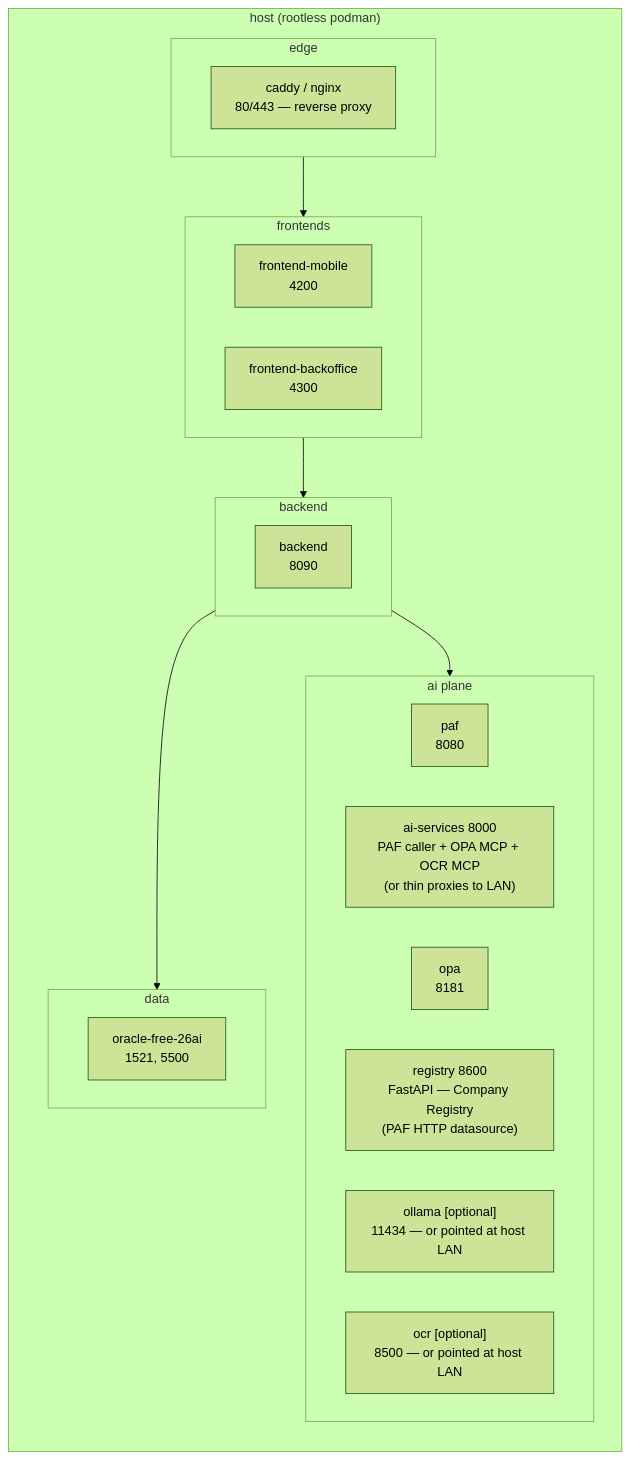
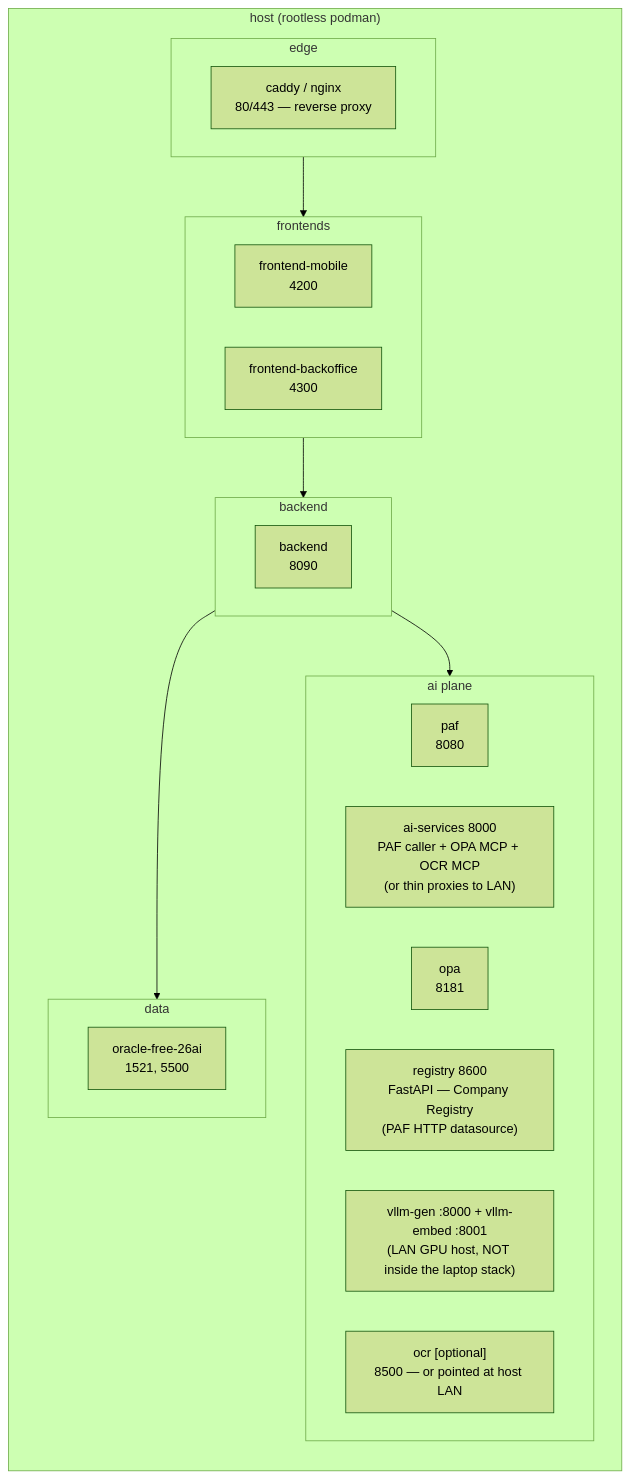
The first of 2 diagrams in docs/DEPLOYMENT.md (vmleon/oracle-database-private-agent-factory-poc), drawn with Mermaid (forest theme) before and after one commit. The commit also changed other lines of this file and 7 other files, not shown here.

````diff
--- a/docs/DEPLOYMENT.md
+++ b/docs/DEPLOYMENT.md
@@ -58,31 +58,31 @@
 ```mermaid
 flowchart TB
     subgraph host["host (rootless podman)"]
         direction TB
         subgraph edge["edge"]
             proxy["caddy / nginx<br/>80/443 — reverse proxy"]
         end
         subgraph frontends["frontends"]
             mobile["frontend-mobile<br/>4200"]
             backoffice["frontend-backoffice<br/>4300"]
         end
         subgraph backendgrp["backend"]
             backend["backend<br/>8090"]
         end
         subgraph aiplane["ai plane"]
             paf["paf<br/>8080"]
             ai["ai-services 8000<br/>PAF caller + OPA MCP + OCR MCP<br/>(or thin proxies to LAN)"]
             opa["opa<br/>8181"]
             registry["registry 8600<br/>FastAPI — Company Registry<br/>(PAF HTTP datasource)"]
-            ollama["ollama [optional]<br/>11434 — or pointed at host LAN"]
+            vllm["vllm-gen :8000 + vllm-embed :8001<br/>(LAN GPU host, NOT inside the laptop stack)"]
             ocr["ocr [optional]<br/>8500 — or pointed at host LAN"]
         end
         subgraph data["data"]
             oracle["oracle-free-26ai<br/>1521, 5500"]
         end
         edge --> frontends
         frontends --> backendgrp
         backendgrp --> aiplane
         backendgrp --> data
     end
 ```
````
